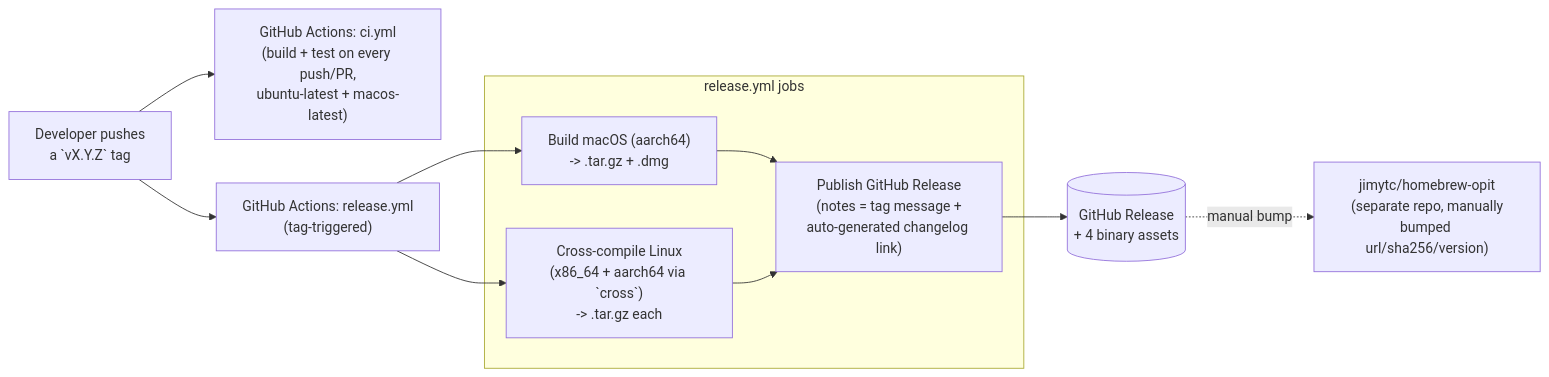
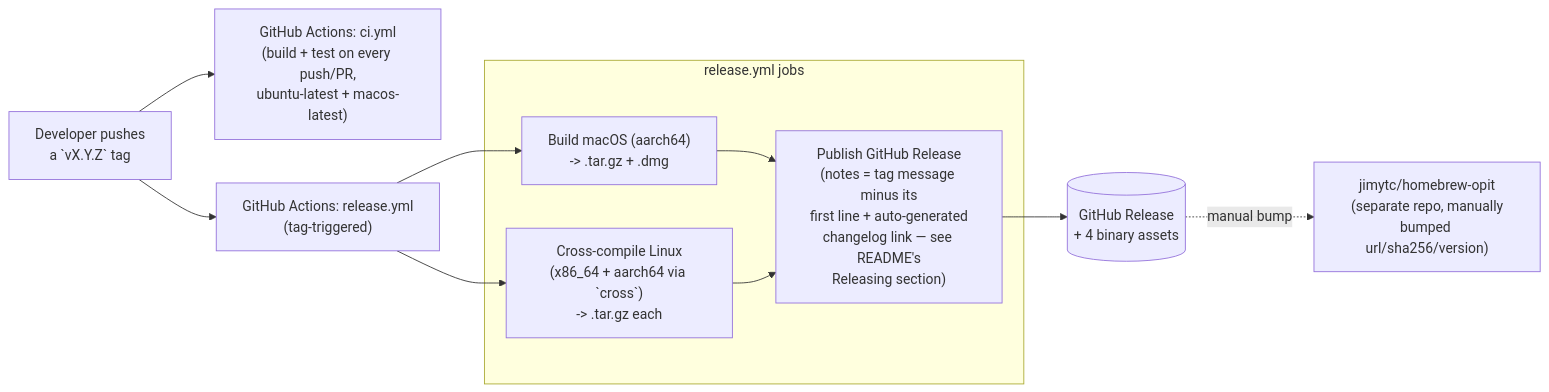
Diagram 12 of 12 in docs/ARCHITECTURE.md (jimytc/opit), drawn with Mermaid before and after one commit. The commit also changed other lines of this file and 6 other files, not shown here.

````diff
--- a/docs/ARCHITECTURE.md
+++ b/docs/ARCHITECTURE.md
@@ -430,24 +485,24 @@
 ```mermaid
 flowchart LR
     dev["Developer pushes<br/>a `vX.Y.Z` tag"]
     ci["GitHub Actions: ci.yml<br/>(build + test on every push/PR,<br/>ubuntu-latest + macos-latest)"]
     release["GitHub Actions: release.yml<br/>(tag-triggered)"]
 
     subgraph releaseJobs["release.yml jobs"]
         macBuild["Build macOS (aarch64)<br/>-> .tar.gz + .dmg"]
         linuxBuild["Cross-compile Linux<br/>(x86_64 + aarch64 via `cross`)<br/>-> .tar.gz each"]
-        publish["Publish GitHub Release<br/>(notes = tag message +<br/>auto-generated changelog link)"]
+        publish["Publish GitHub Release<br/>(notes = tag message minus its<br/>first line + auto-generated<br/>changelog link — see README's<br/>Releasing section)"]
     end
 
     ghRelease[("GitHub Release<br/>+ 4 binary assets")]
     homebrew["jimytc/homebrew-opit<br/>(separate repo, manually<br/>bumped url/sha256/version)"]
 
     dev --> ci
     dev --> release
     release --> macBuild
     release --> linuxBuild
     macBuild --> publish
     linuxBuild --> publish
     publish --> ghRelease
     ghRelease -.manual bump.-> homebrew
 ```
````
